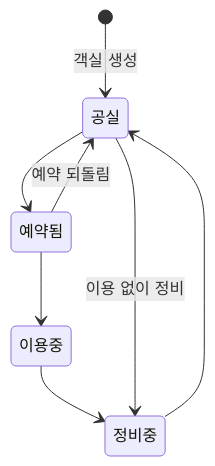
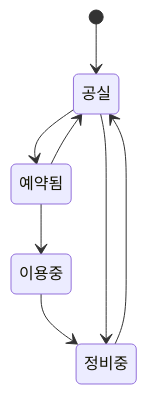
Before and after one commit to beta1360/handys-urbanstay: the third of 3 diagrams in README.md, drawn with Mermaid. The commit also changed other lines of this file and 13 other files, not shown here.

````diff
--- a/README.md
+++ b/README.md
@@ -27,14 +127,14 @@
 ```mermaid
 stateDiagram-v2
     state "공실" as VACANT
     state "예약됨" as RESERVED
     state "이용중" as OCCUPIED
     state "정비중" as MAINTENANCE
-    [*] --> VACANT: 객실 생성
+    [*] --> VACANT
     VACANT --> RESERVED
     RESERVED --> OCCUPIED
     OCCUPIED --> MAINTENANCE
     MAINTENANCE --> VACANT
-    RESERVED --> VACANT: 예약 되돌림
-    VACANT --> MAINTENANCE: 이용 없이 정비
+    RESERVED --> VACANT
+    VACANT --> MAINTENANCE
 ```
````
